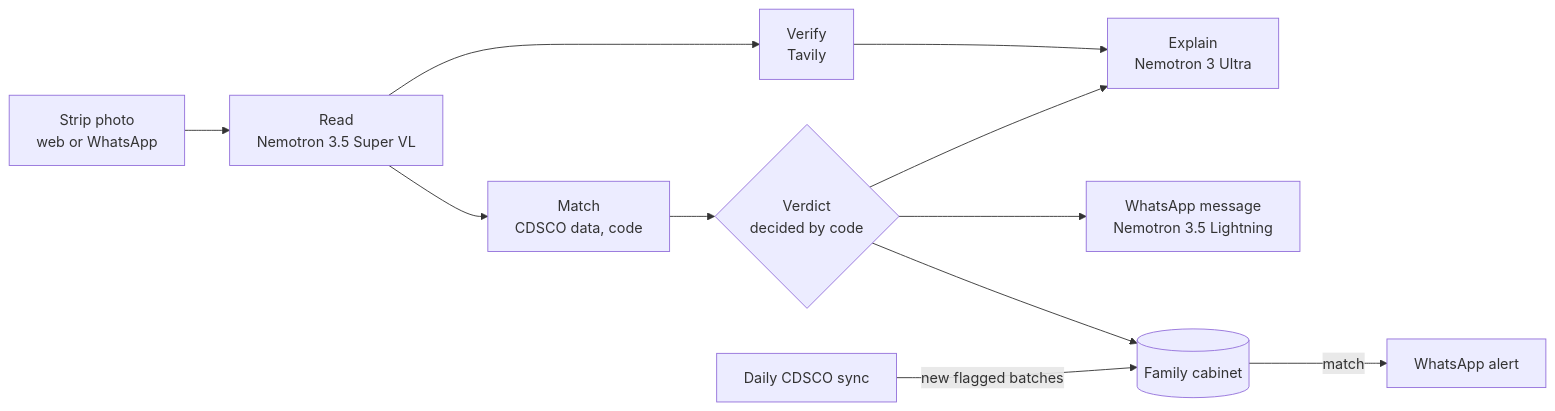
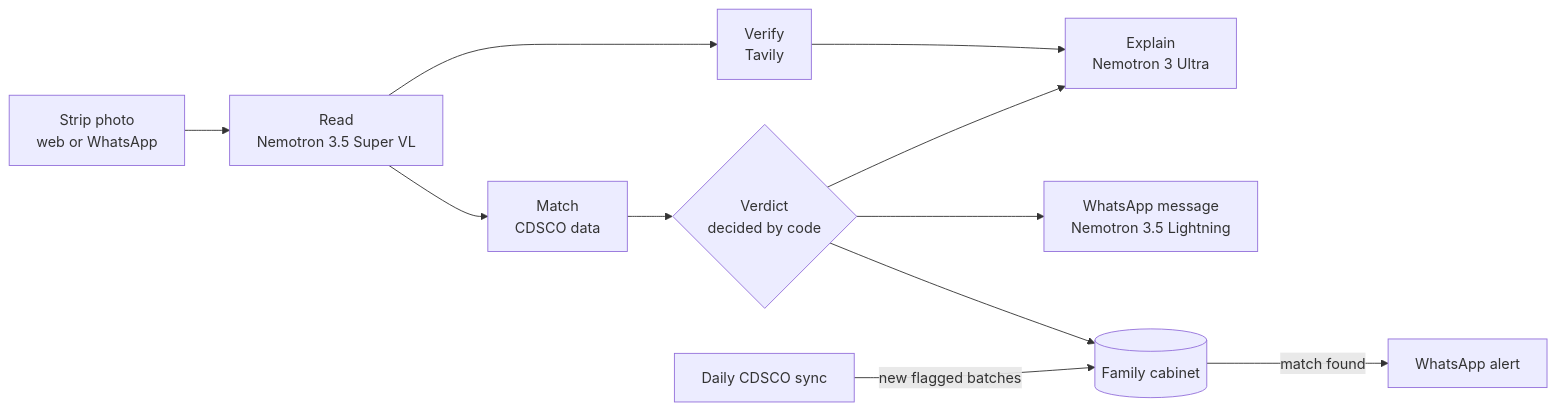
One commit to Farhan7-tech/dawaguard changed the diagram in README.md. Above: the diagram before and after it, drawn with Mermaid. The commit also changed other lines of this file and 2 other files, not shown here.

````diff
--- a/README.md
+++ b/README.md
@@ -32,13 +50,13 @@
 ```mermaid
 flowchart LR
     P[Strip photo<br/>web or WhatsApp] --> R[Read<br/>Nemotron 3.5 Super VL]
-    R --> M[Match<br/>CDSCO data, code]
+    R --> M[Match<br/>CDSCO data]
     R --> V[Verify<br/>Tavily]
     M --> D{Verdict<br/>decided by code}
     V --> E
     D --> E[Explain<br/>Nemotron 3 Ultra]
     D --> W[WhatsApp message<br/>Nemotron 3.5 Lightning]
     D --> C[(Family cabinet)]
     S[Daily CDSCO sync] -->|new flagged batches| C
-    C -->|match| A[WhatsApp alert]
+    C -->|match found| A[WhatsApp alert]
 ```
````
